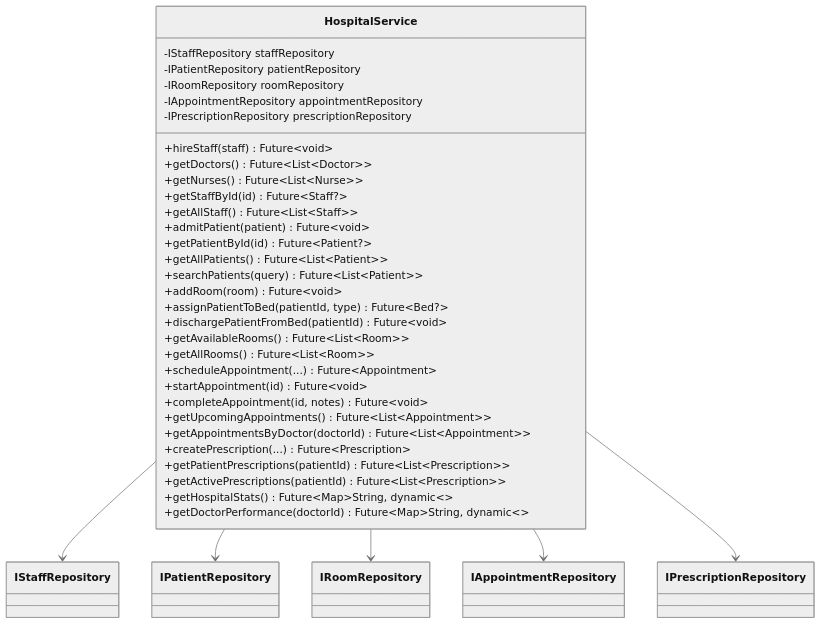
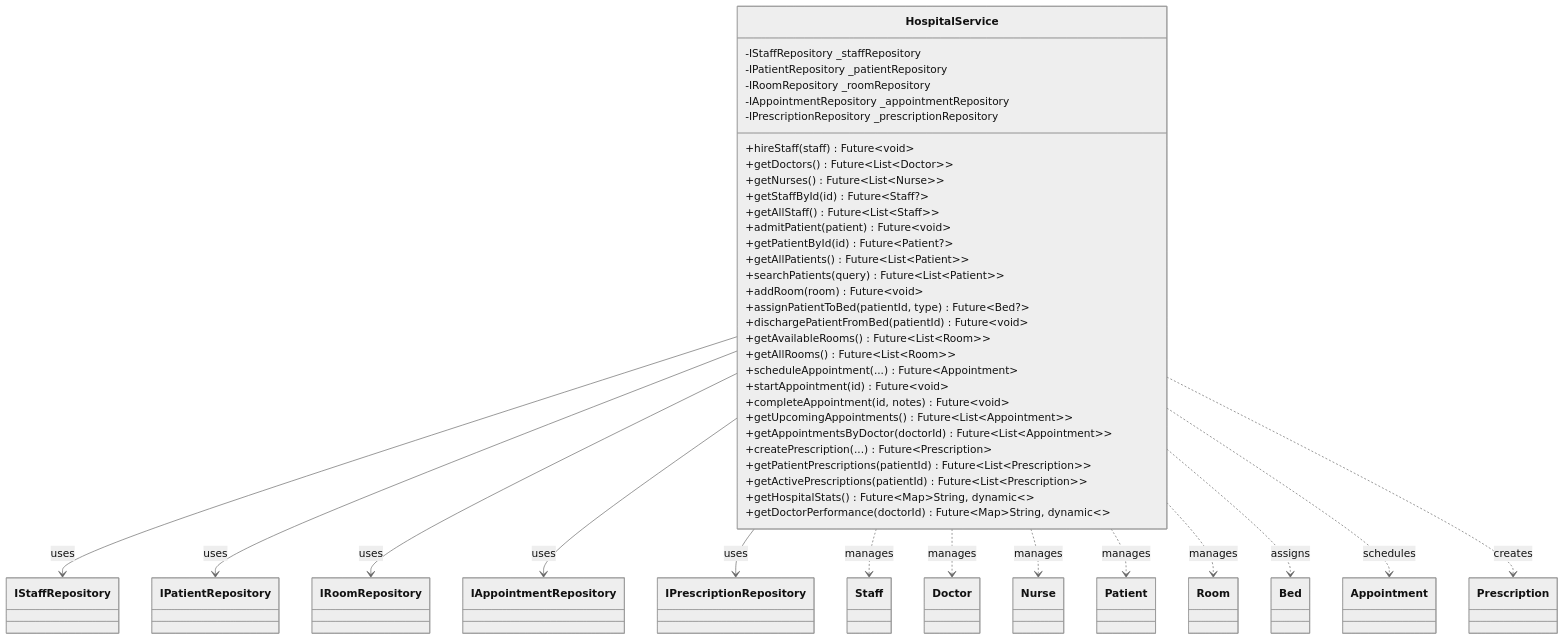
Before and after one commit to longboren/Hospital_Management_Systems: the third of 12 diagrams in UML_DIAGRAMS.md, drawn with Mermaid (neutral theme). The commit also changed other lines of this file and 8 other files, not shown here.

````diff
--- a/UML_DIAGRAMS.md
+++ b/UML_DIAGRAMS.md
@@ -308,52 +412,61 @@
 ```mermaid
 classDiagram
     class HospitalService {
-        -IStaffRepository staffRepository
-        -IPatientRepository patientRepository
-        -IRoomRepository roomRepository
-        -IAppointmentRepository appointmentRepository
-        -IPrescriptionRepository prescriptionRepository
+        -IStaffRepository _staffRepository
+        -IPatientRepository _patientRepository
+        -IRoomRepository _roomRepository
+        -IAppointmentRepository _appointmentRepository
+        -IPrescriptionRepository _prescriptionRepository
         
         %% Staff Management
         +hireStaff(staff) Future~void~
         +getDoctors() Future~List~Doctor~~
         +getNurses() Future~List~Nurse~~
         +getStaffById(id) Future~Staff?~
         +getAllStaff() Future~List~Staff~~
         
         %% Patient Management
         +admitPatient(patient) Future~void~
         +getPatientById(id) Future~Patient?~
         +getAllPatients() Future~List~Patient~~
         +searchPatients(query) Future~List~Patient~~
         
         %% Room Management
         +addRoom(room) Future~void~
         +assignPatientToBed(patientId, type) Future~Bed?~
         +dischargePatientFromBed(patientId) Future~void~
         +getAvailableRooms() Future~List~Room~~
         +getAllRooms() Future~List~Room~~
         
         %% Appointment Management
         +scheduleAppointment(...) Future~Appointment~
         +startAppointment(id) Future~void~
         +completeAppointment(id, notes) Future~void~
         +getUpcomingAppointments() Future~List~Appointment~~
         +getAppointmentsByDoctor(doctorId) Future~List~Appointment~~
         
         %% Prescription Management
         +createPrescription(...) Future~Prescription~
         +getPatientPrescriptions(patientId) Future~List~Prescription~~
         +getActivePrescriptions(patientId) Future~List~Prescription~~
         
         %% Reports & Analytics
         +getHospitalStats() Future~Map~String, dynamic~~
         +getDoctorPerformance(doctorId) Future~Map~String, dynamic~~
     }
     
-    HospitalService --> IStaffRepository
-    HospitalService --> IPatientRepository
-    HospitalService --> IRoomRepository
-    HospitalService --> IAppointmentRepository
-    HospitalService --> IPrescriptionRepository
+    HospitalService --> IStaffRepository : uses
+    HospitalService --> IPatientRepository : uses
+    HospitalService --> IRoomRepository : uses
+    HospitalService --> IAppointmentRepository : uses
+    HospitalService --> IPrescriptionRepository : uses
+    
+    HospitalService ..> Staff : manages
+    HospitalService ..> Doctor : manages
+    HospitalService ..> Nurse : manages
+    HospitalService ..> Patient : manages
+    HospitalService ..> Room : manages
+    HospitalService ..> Bed : assigns
+    HospitalService ..> Appointment : schedules
+    HospitalService ..> Prescription : creates
 ```
````
